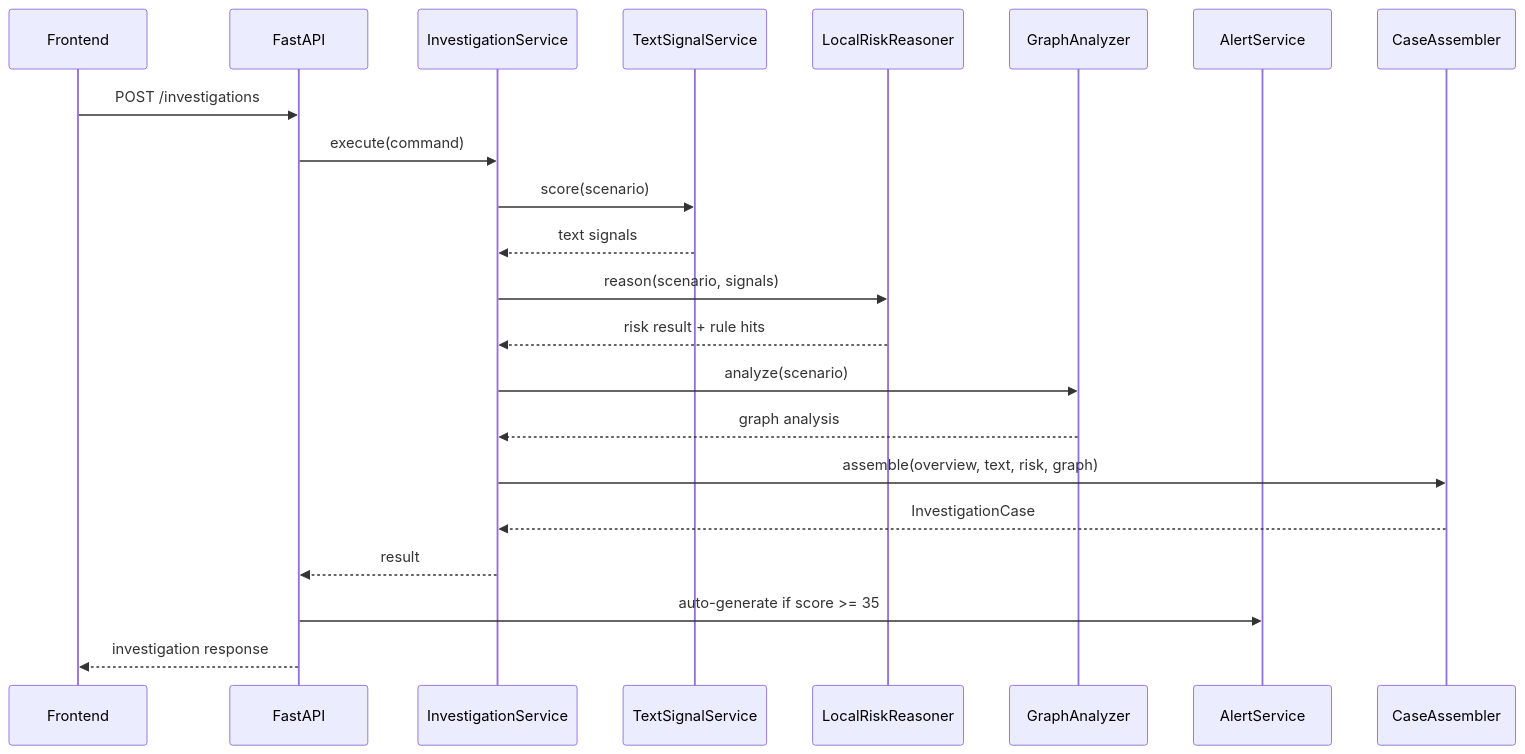
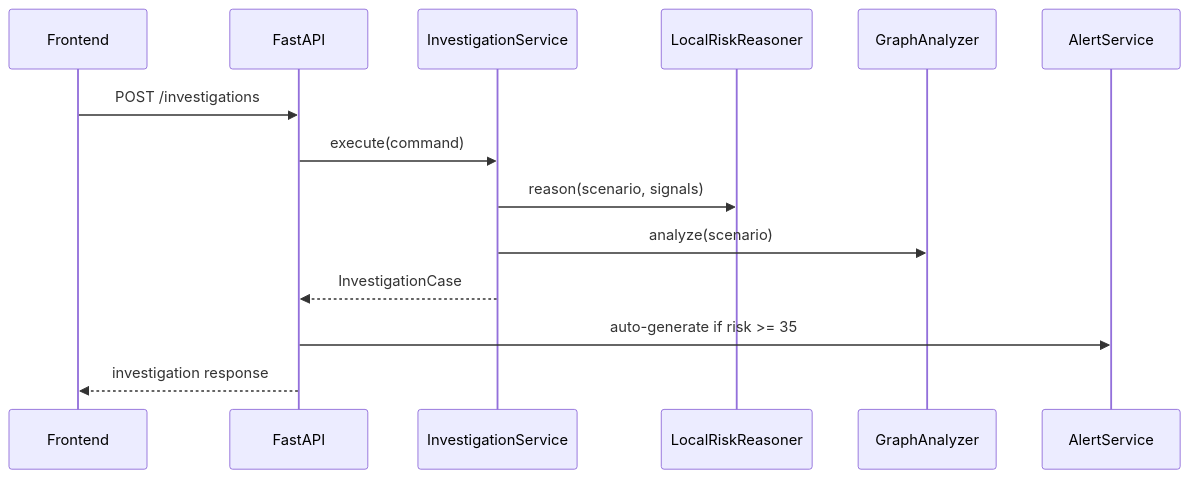
Before and after one commit to rezamirzaei/relational-AI: the third of 3 diagrams in docs/architecture.md, drawn with Mermaid. The commit also changed other lines of this file and 42 other files, not shown here.

````diff
--- a/docs/architecture.md
+++ b/docs/architecture.md
@@ -87,25 +105,17 @@
 ```mermaid
 sequenceDiagram
     participant UI as Frontend
     participant API as FastAPI
     participant Inv as InvestigationService
-    participant Text as TextSignalService
     participant Rules as LocalRiskReasoner
     participant Graph as GraphAnalyzer
     participant Alerts as AlertService
-    participant Assembler as CaseAssembler
 
     UI->>API: POST /investigations
     API->>Inv: execute(command)
-    Inv->>Text: score(scenario)
-    Text-->>Inv: text signals
     Inv->>Rules: reason(scenario, signals)
-    Rules-->>Inv: risk result + rule hits
     Inv->>Graph: analyze(scenario)
-    Graph-->>Inv: graph analysis
-    Inv->>Assembler: assemble(overview, text, risk, graph)
-    Assembler-->>Inv: InvestigationCase
-    Inv-->>API: result
-    API->>Alerts: auto-generate if score >= 35
+    Inv-->>API: InvestigationCase
+    API->>Alerts: auto-generate if risk >= 35
     API-->>UI: investigation response
 ```
````
